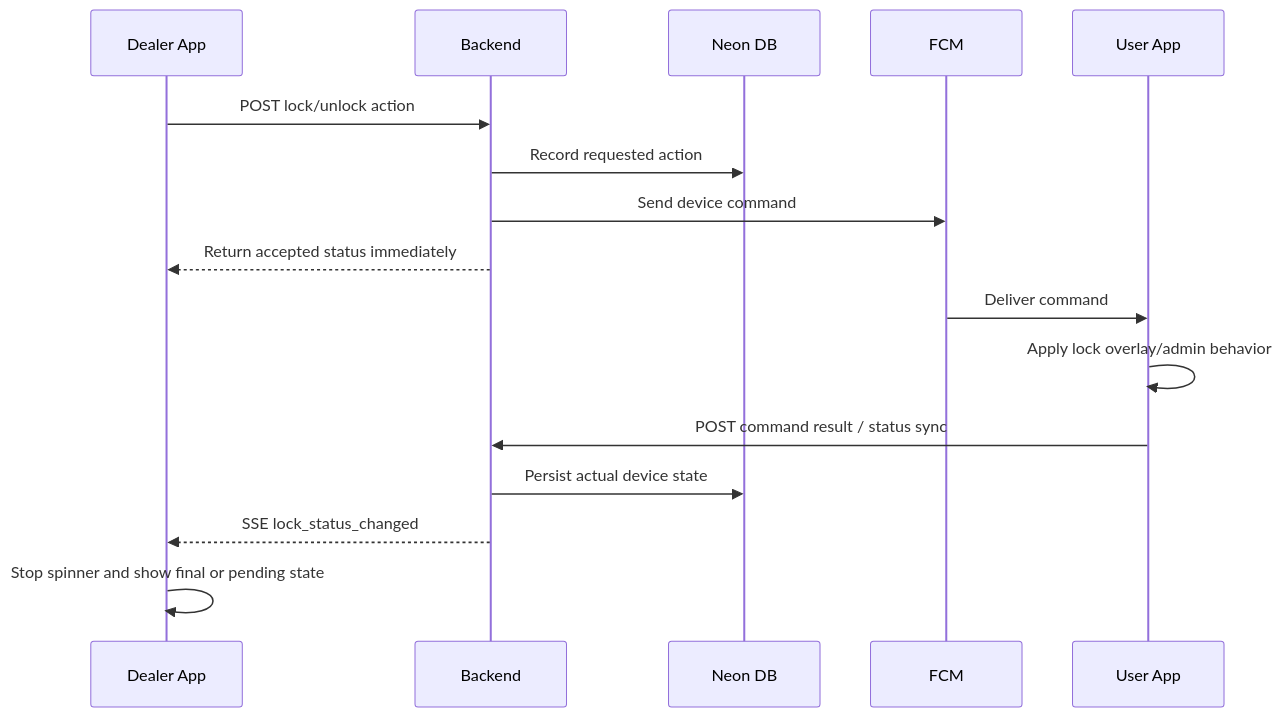
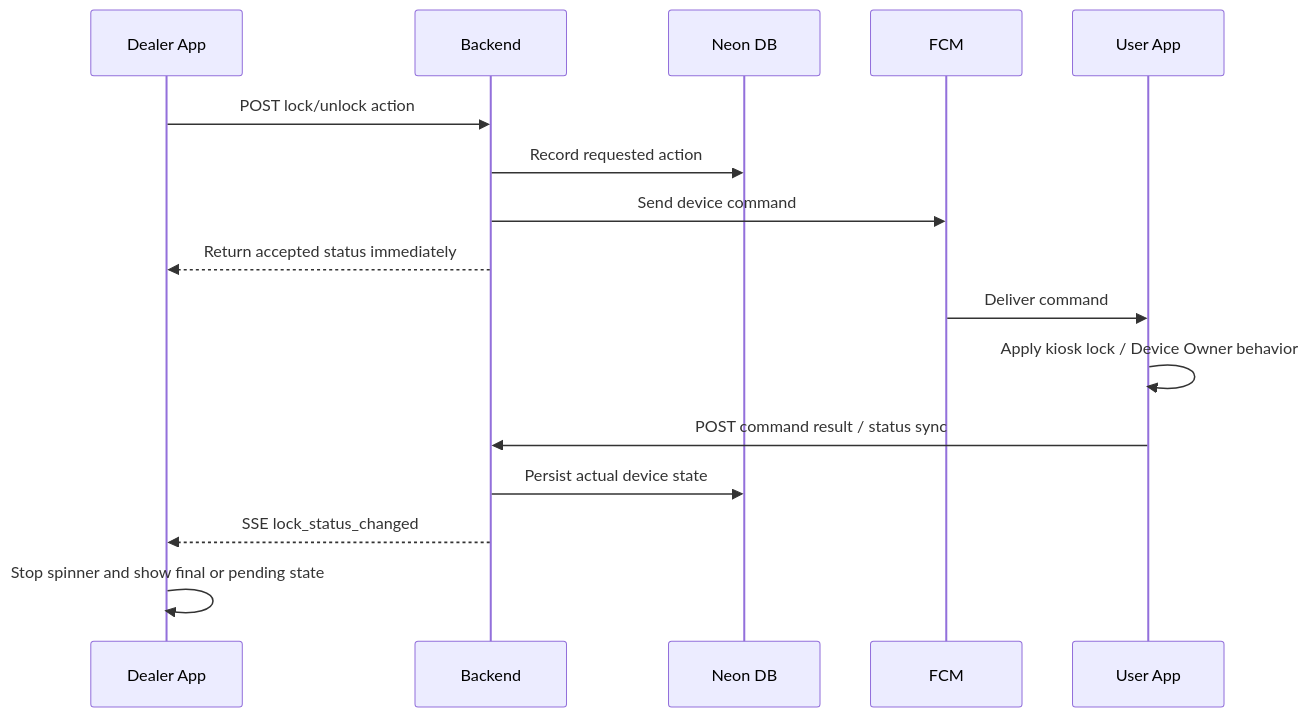
One commit to promiseelectronics12-svg/Emi-locker- changed the fifth of 7 diagrams in docs/SYSTEM_MAP.md. Above: the diagram before and after it, drawn with Mermaid. The commit also changed other lines of this file and 23 other files, not shown here.

````diff
--- a/docs/SYSTEM_MAP.md
+++ b/docs/SYSTEM_MAP.md
@@ -126,19 +146,19 @@
 ```mermaid
 sequenceDiagram
   participant D as Dealer App
   participant B as Backend
   participant DB as Neon DB
   participant F as FCM
   participant U as User App
 
   D->>B: POST lock/unlock action
   B->>DB: Record requested action
   B->>F: Send device command
   B-->>D: Return accepted status immediately
   F->>U: Deliver command
-  U->>U: Apply lock overlay/admin behavior
+  U->>U: Apply kiosk lock / Device Owner behavior
   U->>B: POST command result / status sync
   B->>DB: Persist actual device state
   B-->>D: SSE lock_status_changed
   D->>D: Stop spinner and show final or pending state
 ```
````
